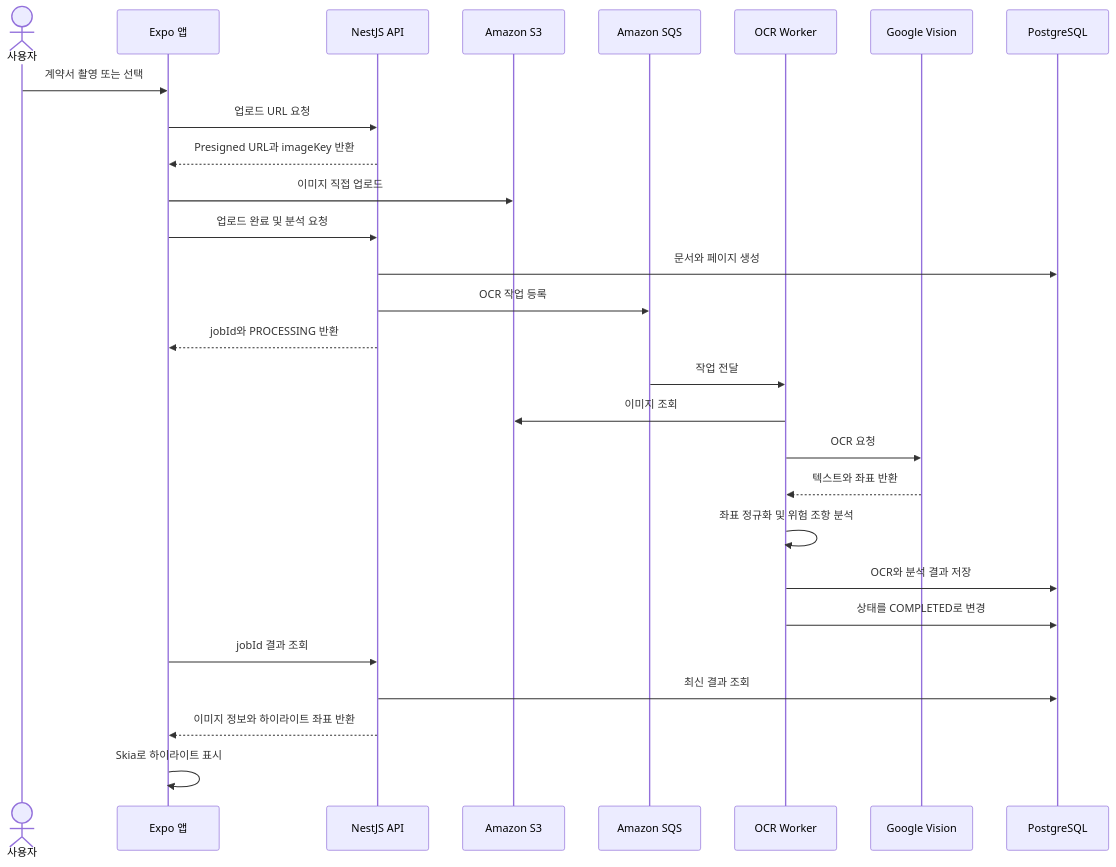
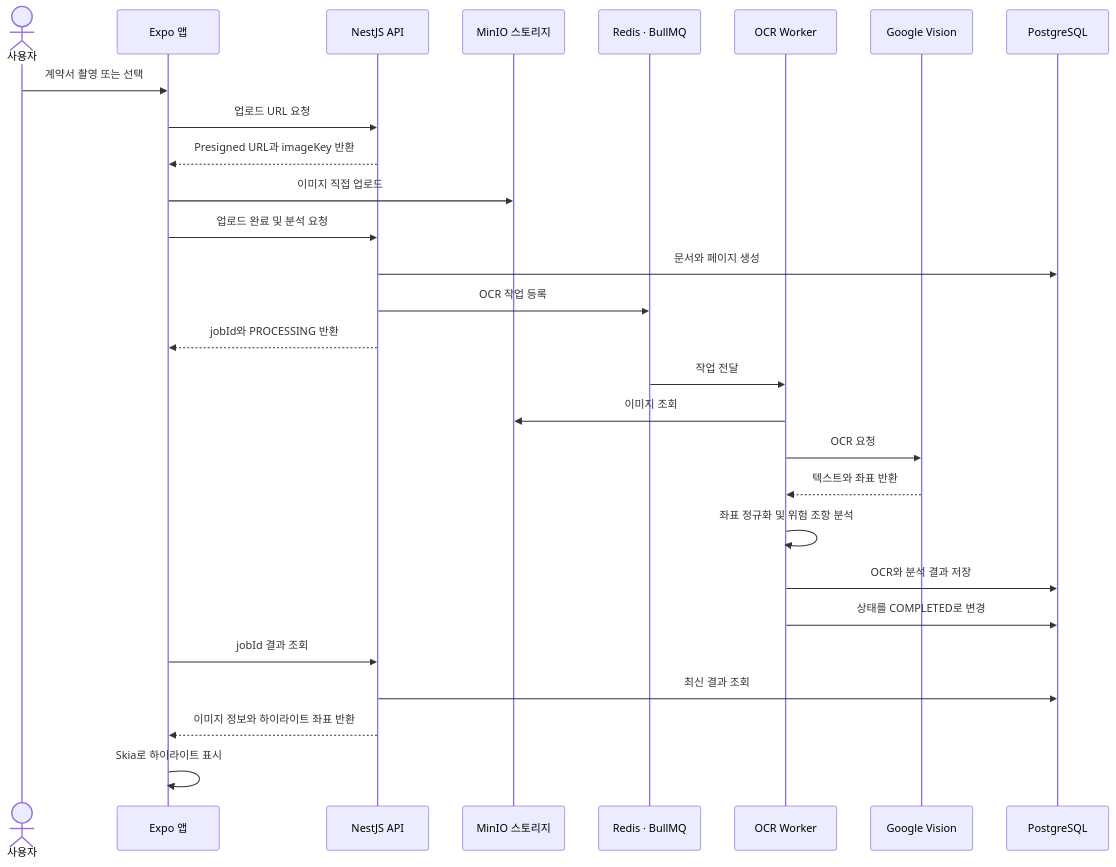
The third of 5 diagrams in README.md (kyungchan3007/clause-lens), drawn with Mermaid before and after one commit. The commit also changed other lines of this file and 3 other files, not shown here.

First line of the commit message:
docs: 인프라 결정을 Railway 단일 벤더(BullMQ·MinIO)로 문서 반영

````diff
--- a/README.md
+++ b/README.md
@@ -211,31 +215,31 @@
 ```mermaid
 sequenceDiagram
     actor User as 사용자
     participant App as Expo 앱
     participant API as NestJS API
-    participant S3 as Amazon S3
-    participant Queue as Amazon SQS
+    participant S3 as MinIO 스토리지
+    participant Queue as Redis · BullMQ
     participant Worker as OCR Worker
     participant Vision as Google Vision
     participant DB as PostgreSQL
 
     User->>App: 계약서 촬영 또는 선택
     App->>API: 업로드 URL 요청
     API-->>App: Presigned URL과 imageKey 반환
     App->>S3: 이미지 직접 업로드
     App->>API: 업로드 완료 및 분석 요청
     API->>DB: 문서와 페이지 생성
     API->>Queue: OCR 작업 등록
     API-->>App: jobId와 PROCESSING 반환
     Queue->>Worker: 작업 전달
     Worker->>S3: 이미지 조회
     Worker->>Vision: OCR 요청
     Vision-->>Worker: 텍스트와 좌표 반환
     Worker->>Worker: 좌표 정규화 및 위험 조항 분석
     Worker->>DB: OCR와 분석 결과 저장
     Worker->>DB: 상태를 COMPLETED로 변경
     App->>API: jobId 결과 조회
     API->>DB: 최신 결과 조회
     API-->>App: 이미지 정보와 하이라이트 좌표 반환
     App->>App: Skia로 하이라이트 표시
 ```
````
